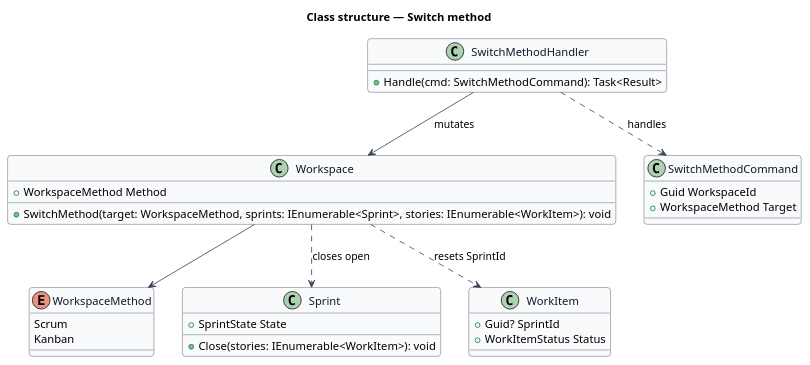
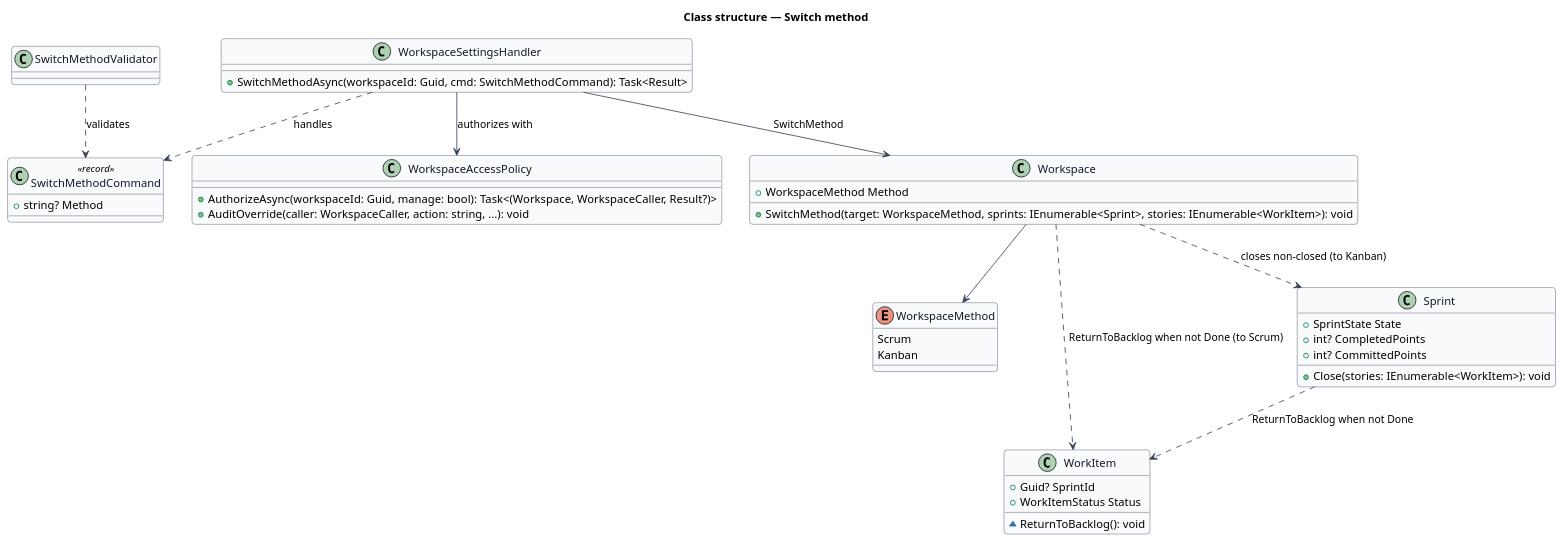
The diagram in docs/detailed-designs/agile/switch-method/diagrams/class-structure.puml (QuinntyneBrown/faithtech-community), drawn with PlantUML before and after one commit. The commit also changed 74 other files, not shown here.

```diff
--- a/docs/detailed-designs/agile/switch-method/diagrams/class-structure.puml
+++ b/docs/detailed-designs/agile/switch-method/diagrams/class-structure.puml
@@ -1,42 +1,52 @@
 @startuml
 skinparam backgroundColor #FFFFFF
 skinparam shadowing false
 skinparam roundcorner 8
 skinparam defaultFontName Arial
 skinparam ArrowColor #344054
 skinparam class {
   BorderColor #344054
   FontColor #101828
   BackgroundColor #F9FAFB
 }
 title Class structure — Switch method
 
 enum WorkspaceMethod {
   Scrum
   Kanban
 }
 class Workspace {
   +WorkspaceMethod Method
   +SwitchMethod(target: WorkspaceMethod, sprints: IEnumerable<Sprint>, stories: IEnumerable<WorkItem>): void
 }
 class Sprint {
   +SprintState State
+  +int? CompletedPoints
+  +int? CommittedPoints
   +Close(stories: IEnumerable<WorkItem>): void
 }
 class WorkItem {
   +Guid? SprintId
   +WorkItemStatus Status
+  ~ReturnToBacklog(): void
 }
-class SwitchMethodCommand {
-  +Guid WorkspaceId
-  +WorkspaceMethod Target
+class SwitchMethodCommand <<record>> {
+  +string? Method
 }
-class SwitchMethodHandler {
-  +Handle(cmd: SwitchMethodCommand): Task<Result>
+class SwitchMethodValidator
+class WorkspaceSettingsHandler {
+  +SwitchMethodAsync(workspaceId: Guid, cmd: SwitchMethodCommand): Task<Result>
+}
+class WorkspaceAccessPolicy {
+  +AuthorizeAsync(workspaceId: Guid, manage: bool): Task<(Workspace, WorkspaceCaller, Result?)>
+  +AuditOverride(caller: WorkspaceCaller, action: string, ...): void
 }
 Workspace --> WorkspaceMethod
-Workspace ..> Sprint : closes open
-Workspace ..> WorkItem : resets SprintId
-SwitchMethodHandler ..> SwitchMethodCommand : handles
-SwitchMethodHandler --> Workspace : mutates
+Workspace ..> Sprint : closes non-closed (to Kanban)
+Workspace ..> WorkItem : ReturnToBacklog when not Done (to Scrum)
+Sprint ..> WorkItem : ReturnToBacklog when not Done
+SwitchMethodValidator ..> SwitchMethodCommand : validates
+WorkspaceSettingsHandler ..> SwitchMethodCommand : handles
+WorkspaceSettingsHandler --> WorkspaceAccessPolicy : authorizes with
+WorkspaceSettingsHandler --> Workspace : SwitchMethod
 @enduml
```
